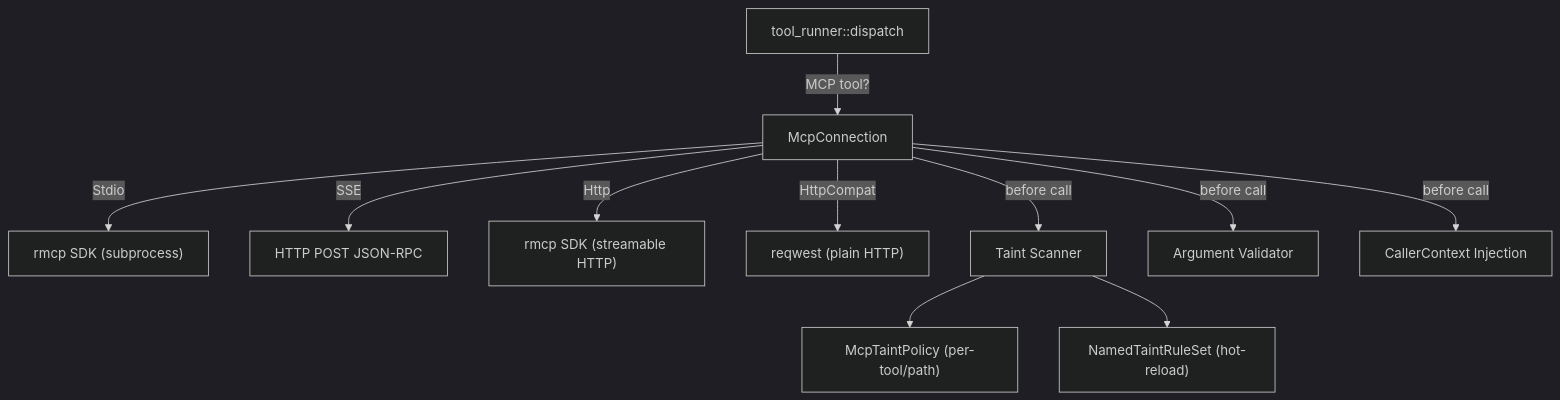
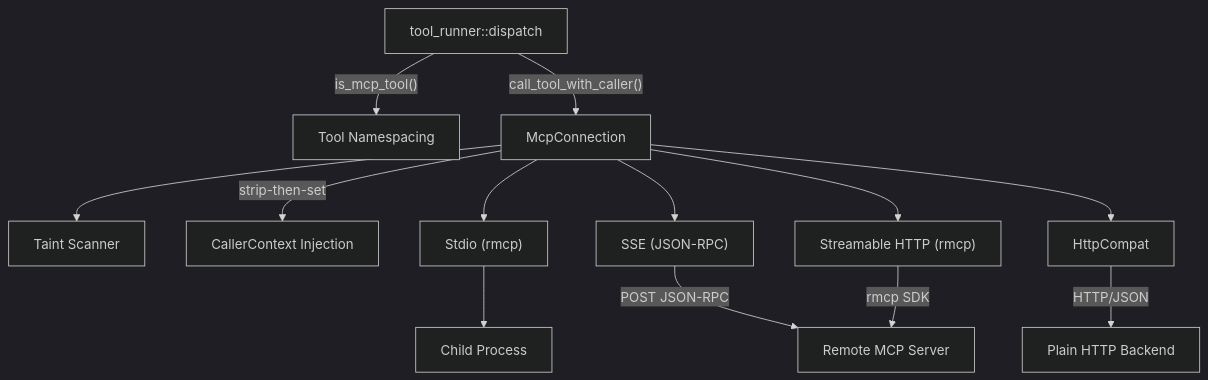
Before and after one commit to leszek3737/librefang-WIki: the diagram in agent-runtime-librefang-runtime-mcp-src.md, drawn with Mermaid (dark theme). The commit also changed other lines of this file and 126 other files, not shown here.

````diff
--- a/agent-runtime-librefang-runtime-mcp-src.md
+++ b/agent-runtime-librefang-runtime-mcp-src.md
@@ -9,15 +9,15 @@
 ```mermaid
 graph TD
-    dispatch["tool_runner::dispatch"] -->|MCP tool?| conn["McpConnection"]
-    conn -->|Stdio| rmcp["rmcp SDK (subprocess)"]
-    conn -->|SSE| http_post["HTTP POST JSON-RPC"]
-    conn -->|Http| rmcp_http["rmcp SDK (streamable HTTP)"]
-    conn -->|HttpCompat| compat["reqwest (plain HTTP)"]
-
-    conn -->|before call| taint["Taint Scanner"]
-    conn -->|before call| validate["Argument Validator"]
-    conn -->|before call| caller["CallerContext Injection"]
-
-    taint --> policy["McpTaintPolicy (per-tool/path)"]
-    taint --> rules["NamedTaintRuleSet (hot-reload)"]
+    dispatch["tool_runner::dispatch"] -->|"is_mcp_tool()"| namespacing["Tool Namespacing"]
+    dispatch -->|"call_tool_with_caller()"| conn["McpConnection"]
+    conn --> taint["Taint Scanner"]
+    conn -->|"strip-then-set"| ctx["CallerContext Injection"]
+    conn --> stdio["Stdio (rmcp)"]
+    conn --> sse["SSE (JSON-RPC)"]
+    conn --> http["Streamable HTTP (rmcp)"]
+    conn --> compat["HttpCompat"]
+    stdio --> subprocess["Child Process"]
+    sse -->|"POST JSON-RPC"| remote["Remote MCP Server"]
+    http -->|"rmcp SDK"| remote
+    compat -->|"HTTP/JSON"| backend["Plain HTTP Backend"]
 ```
````
